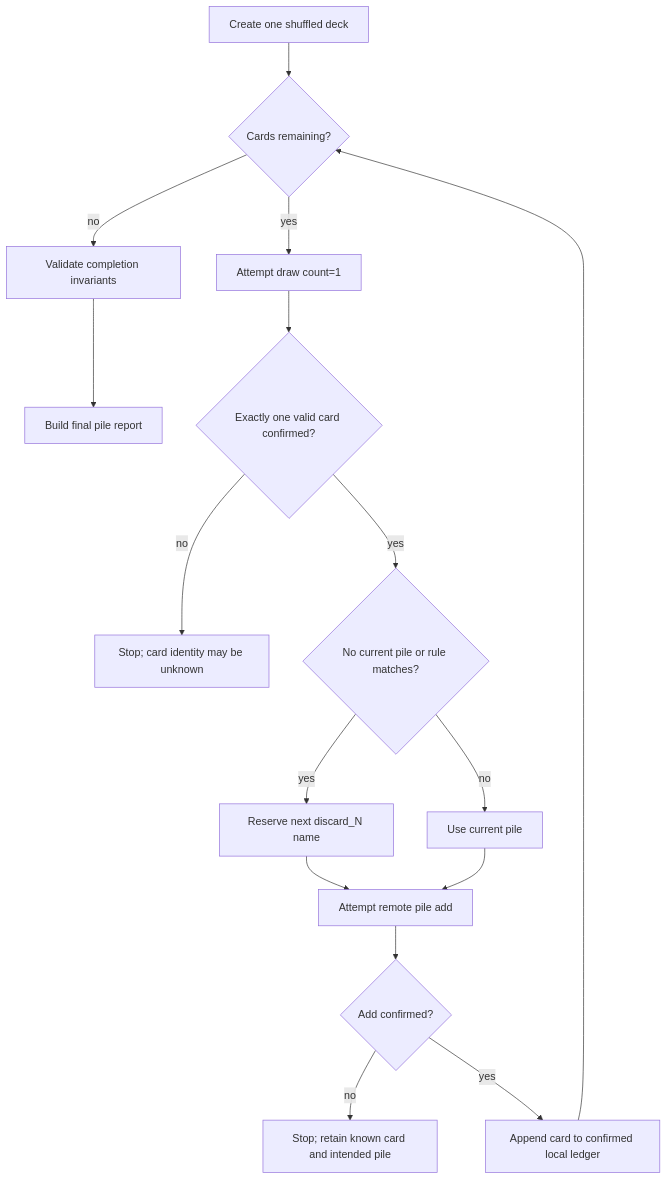
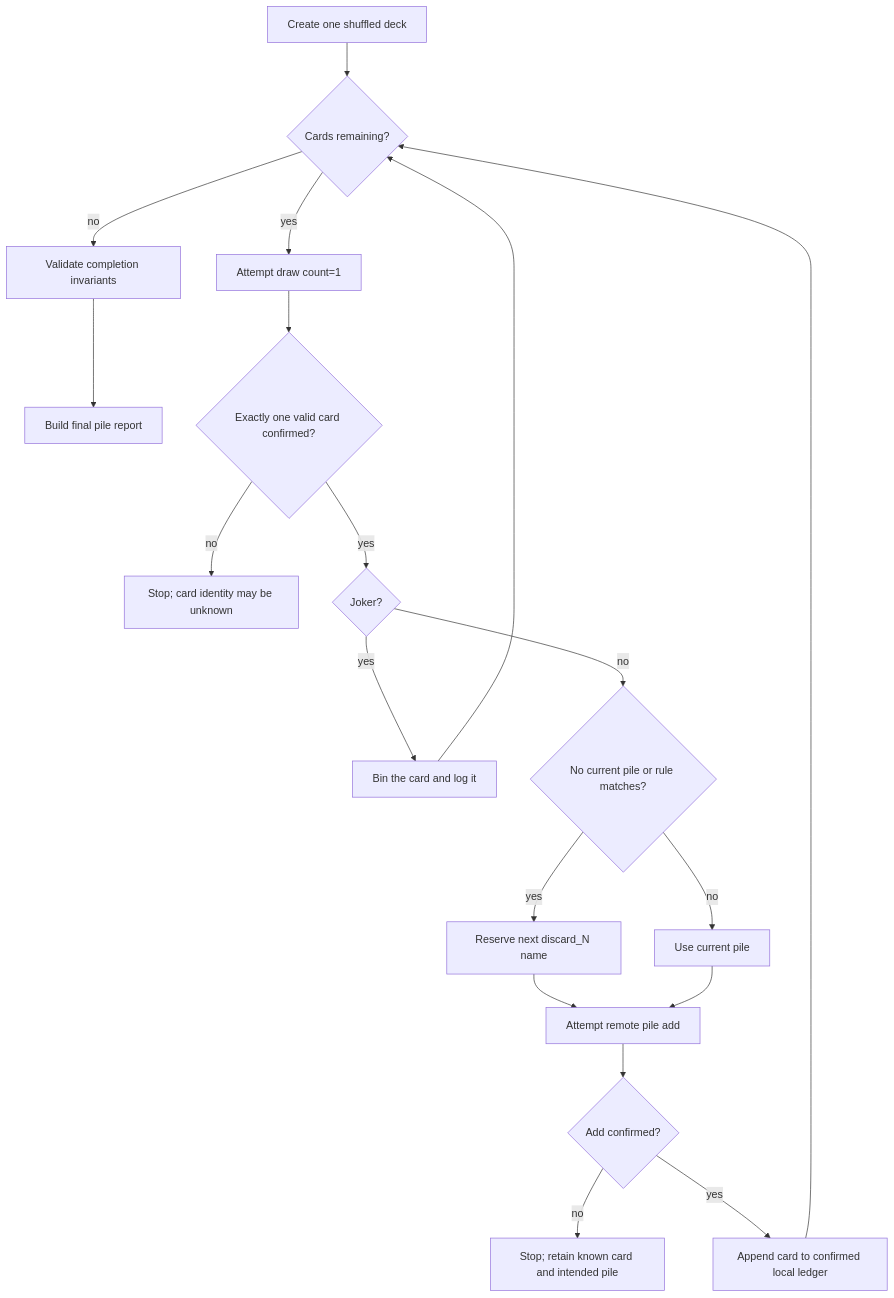
Before and after one commit to Sheddy25/arqiva-deck-of-cards: the second of 2 diagrams in docs/architecture.md, drawn with Mermaid. The commit also changed other lines of this file and 8 other files, not shown here.

````diff
--- a/docs/architecture.md
+++ b/docs/architecture.md
@@ -155,18 +157,21 @@
 ```mermaid
 flowchart TD
     Start[Create one shuffled deck] --> HasCards{Cards remaining?}
     HasCards -- no --> Validate[Validate completion invariants]
     Validate --> Summary[Build final pile report]
     HasCards -- yes --> Draw[Attempt draw count=1]
     Draw --> DrawOK{Exactly one valid card confirmed?}
     DrawOK -- no --> DrawStop[Stop; card identity may be unknown]
-    DrawOK -- yes --> Decide{No current pile or rule matches?}
+    DrawOK -- yes --> Joker{Joker?}
+    Joker -- yes --> Bin[Bin the card and log it]
+    Bin --> HasCards
+    Joker -- no --> Decide{No current pile or rule matches?}
     Decide -- yes --> Reserve[Reserve next discard_N name]
     Decide -- no --> Current[Use current pile]
     Reserve --> Add[Attempt remote pile add]
     Current --> Add
     Add --> AddOK{Add confirmed?}
     AddOK -- no --> AddStop[Stop; retain known card and intended pile]
     AddOK -- yes --> Commit[Append card to confirmed local ledger]
     Commit --> HasCards
 ```
````
